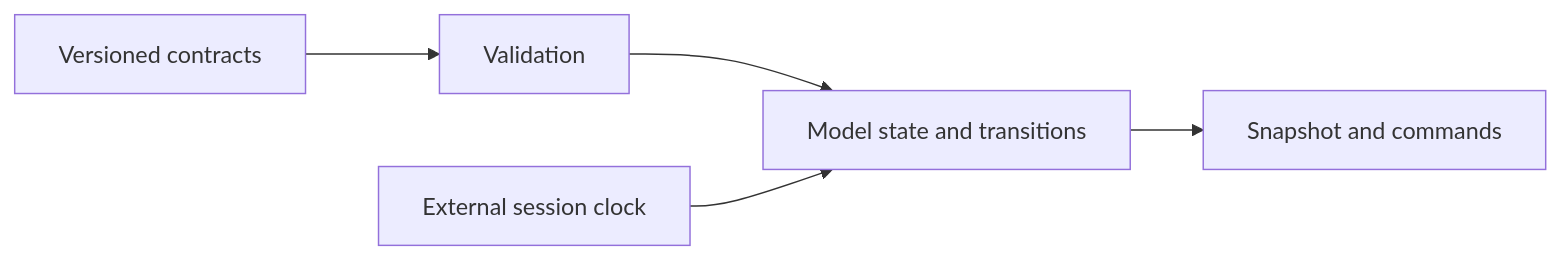
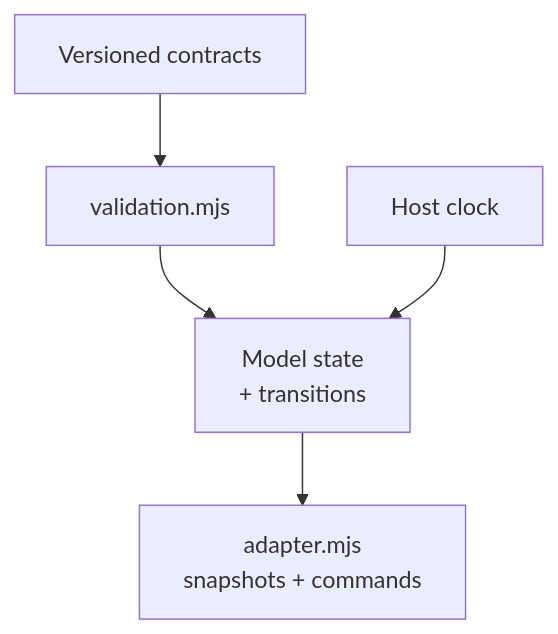
Before and after one commit to Valpatel/cad-agent: the diagram in software/cadagent/webkit/scada/sim/src/README.md, drawn with Mermaid. The commit also changed 27 other files, not shown here.

````diff
--- a/software/cadagent/webkit/scada/sim/src/README.md
+++ b/software/cadagent/webkit/scada/sim/src/README.md
@@ -17,7 +17,7 @@
 ```mermaid
-flowchart LR
-  Contracts[Versioned contracts] --> Validation
-  Validation --> Model[Model state and transitions]
-  Model --> Adapter[Snapshot and commands]
-  Host[External session clock] --> Model
+flowchart TD
+  Contracts["Versioned contracts"] --> Validation["validation.mjs"]
+  Validation --> Model["Model state<br/>+ transitions"]
+  Host["Host clock"] --> Model
+  Model --> Adapter["adapter.mjs<br/>snapshots + commands"]
 ```
````
